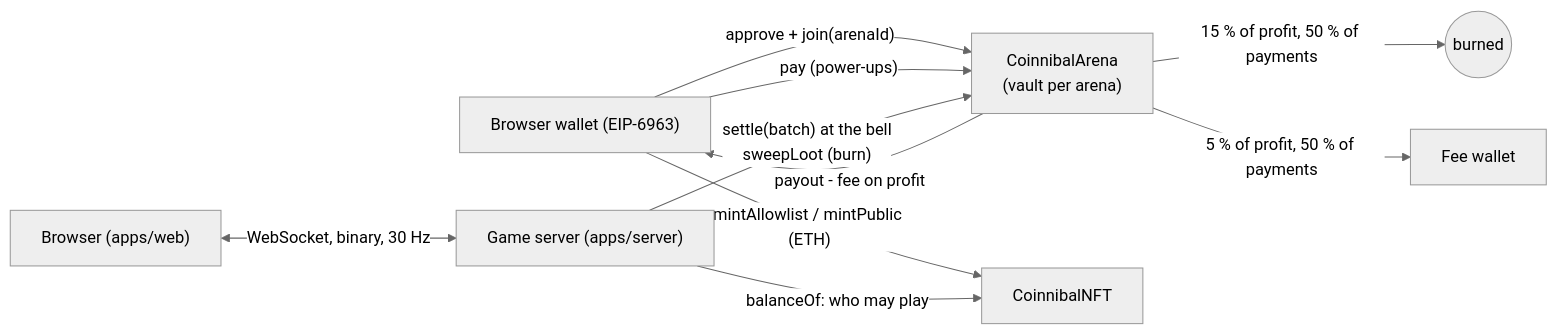
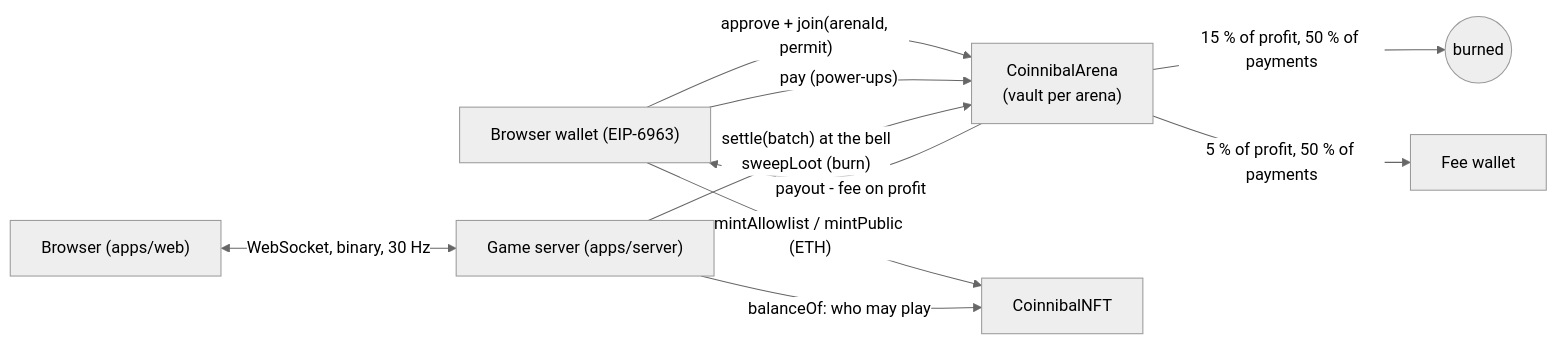
Before and after one commit to CoinnibalFun/Coinnibal: the diagram in README.md, drawn with Mermaid (neutral theme). The commit also changed other lines of this file and 53 other files, not shown here.

````diff
--- a/README.md
+++ b/README.md
@@ -64,12 +64,12 @@
 ```mermaid
 flowchart LR
-  W["Browser wallet (EIP-6963)"] -- "approve + join(arenaId)" --> A["CoinnibalArena<br/>(vault per arena)"]
+  W["Browser wallet (EIP-6963)"] -- "approve + join(arenaId, permit)" --> A["CoinnibalArena<br/>(vault per arena)"]
   W -- "pay (power-ups)" --> A
   W -- "mintAllowlist / mintPublic (ETH)" --> N["CoinnibalNFT"]
   B["Browser (apps/web)"] <-- "WebSocket, binary, 30 Hz" --> S["Game server (apps/server)"]
   S -- "settle(batch) at the bell<br/>sweepLoot (burn)" --> A
   S -- "balanceOf: who may play" --> N
   A -- "payout - fee on profit" --> W
   A -- "15 % of profit, 50 % of payments" --> D(("burned"))
   A -- "5 % of profit, 50 % of payments" --> F["Fee wallet"]
 ```
````
